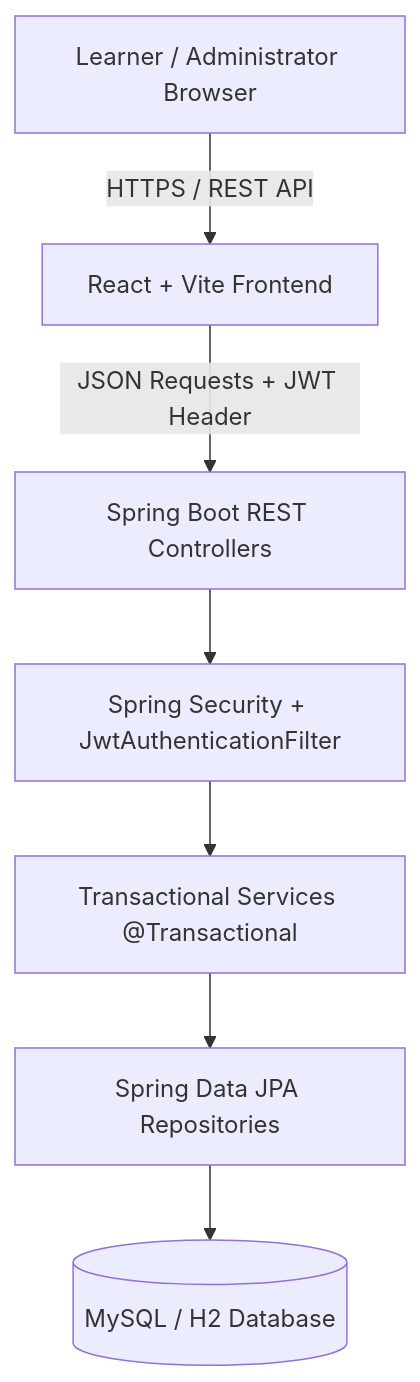
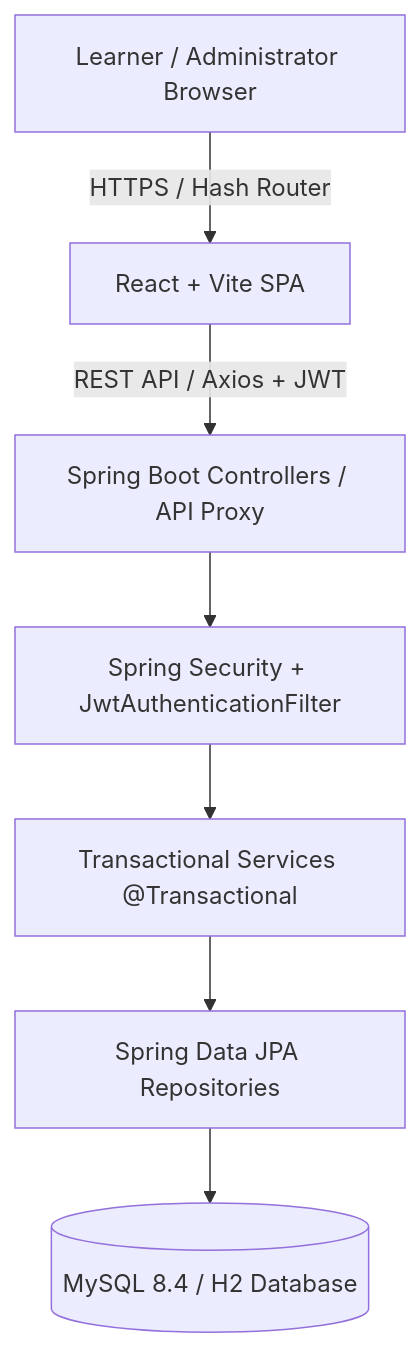
The diagram in README.md (Jaswanth1502/QUIZ-APPLICATION), drawn with Mermaid before and after one commit. The commit also changed other lines of this file, not shown here.

Commit message:
Update README.md with comprehensive features, architecture, and live links

````diff
--- a/README.md
+++ b/README.md
@@ -46,9 +51,9 @@
 ```mermaid
 flowchart TD
-  User[Learner / Administrator Browser] -->|HTTPS / REST API| Frontend[React + Vite Frontend]
-  Frontend -->|JSON Requests + JWT Header| Gateway[Spring Boot REST Controllers]
+  User[Learner / Administrator Browser] -->|HTTPS / Hash Router| Frontend[React + Vite SPA]
+  Frontend -->|REST API / Axios + JWT| Gateway[Spring Boot Controllers / API Proxy]
   Gateway --> Security[Spring Security + JwtAuthenticationFilter]
   Security --> Service[Transactional Services @Transactional]
   Service --> Repository[Spring Data JPA Repositories]
-  Repository --> Database[(MySQL / H2 Database)]
+  Repository --> Database[(MySQL 8.4 / H2 Database)]
 ```
````
